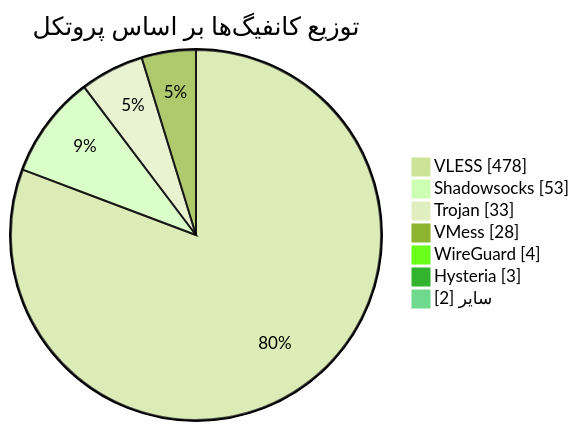
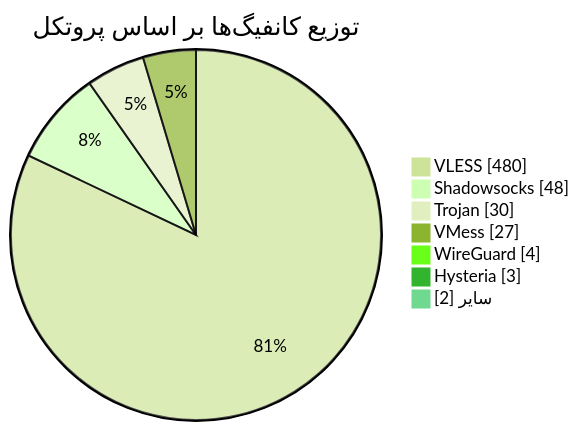
One commit to Arian-Alijani/Somthing changed the diagram in README.md. Above: the diagram before and after it, drawn with Mermaid (forest theme). The commit also changed other lines of this file and 15 other files, not shown here.

````diff
--- a/README.md
+++ b/README.md
@@ -49,11 +49,11 @@
 ```mermaid
 pie showData
     title توزیع کانفیگ‌ها بر اساس پروتکل
-    "VLESS" : 478
-    "Shadowsocks" : 53
-    "Trojan" : 33
-    "VMess" : 28
+    "VLESS" : 480
+    "Shadowsocks" : 48
+    "Trojan" : 30
+    "VMess" : 27
     "WireGuard" : 4
     "Hysteria" : 3
     "سایر" : 2
 ```
````
